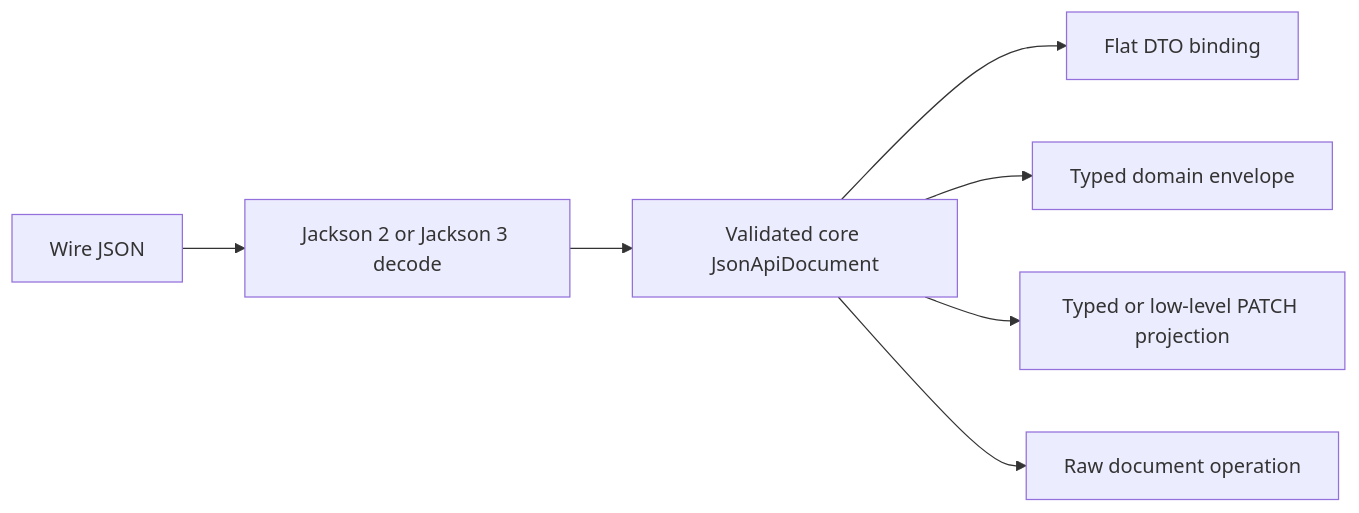
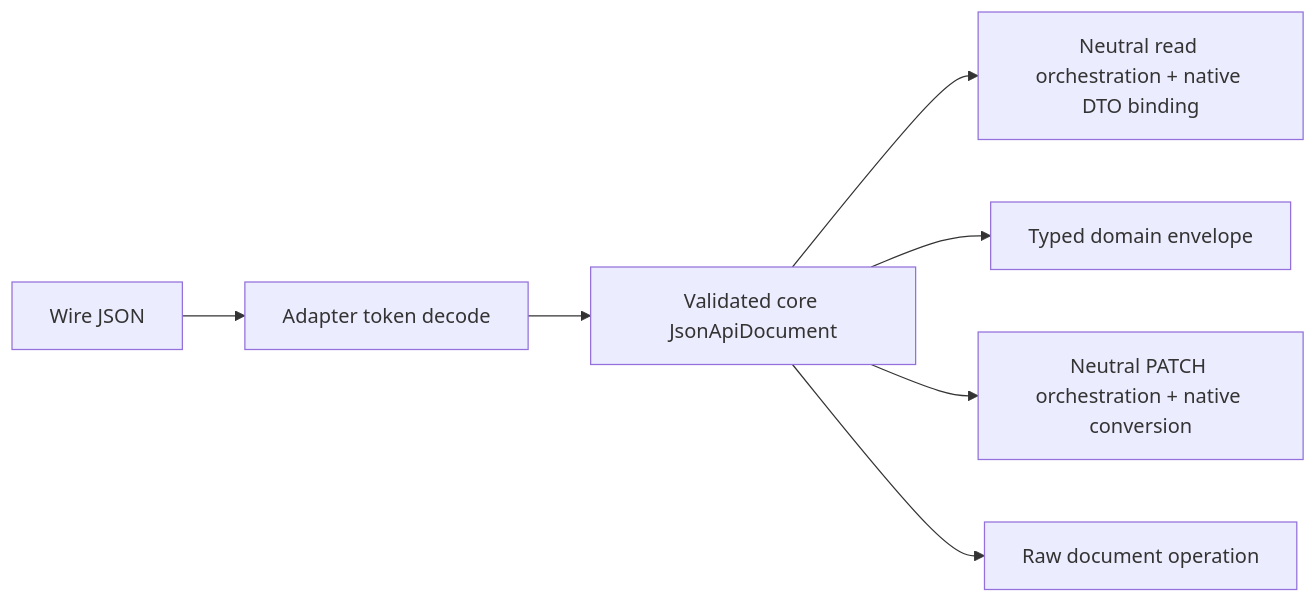
One commit to kazforge/jsonapi-java changed the first of 2 diagrams in docs/architecture.md. Above: the diagram before and after it, drawn with Mermaid. The commit also changed other lines of this file and 10 other files, not shown here.

Commit message:
docs(architecture): record responsibility-based mapping and native codecs

````diff
--- a/docs/architecture.md
+++ b/docs/architecture.md
@@ -86,9 +67,9 @@
 ```mermaid
 flowchart LR
-  JSON["Wire JSON"] --> DECODE["Jackson 2 or Jackson 3 decode"]
+  JSON["Wire JSON"] --> DECODE["Adapter token decode"]
   DECODE --> DOC["Validated core JsonApiDocument"]
-  DOC --> FLAT["Flat DTO binding"]
+  DOC --> FLAT["Neutral read orchestration + native DTO binding"]
   DOC --> ENVELOPE["Typed domain envelope"]
-  DOC --> PATCH["Typed or low-level PATCH projection"]
+  DOC --> PATCH["Neutral PATCH orchestration + native conversion"]
   DOC --> RAW["Raw document operation"]
 ```
````
